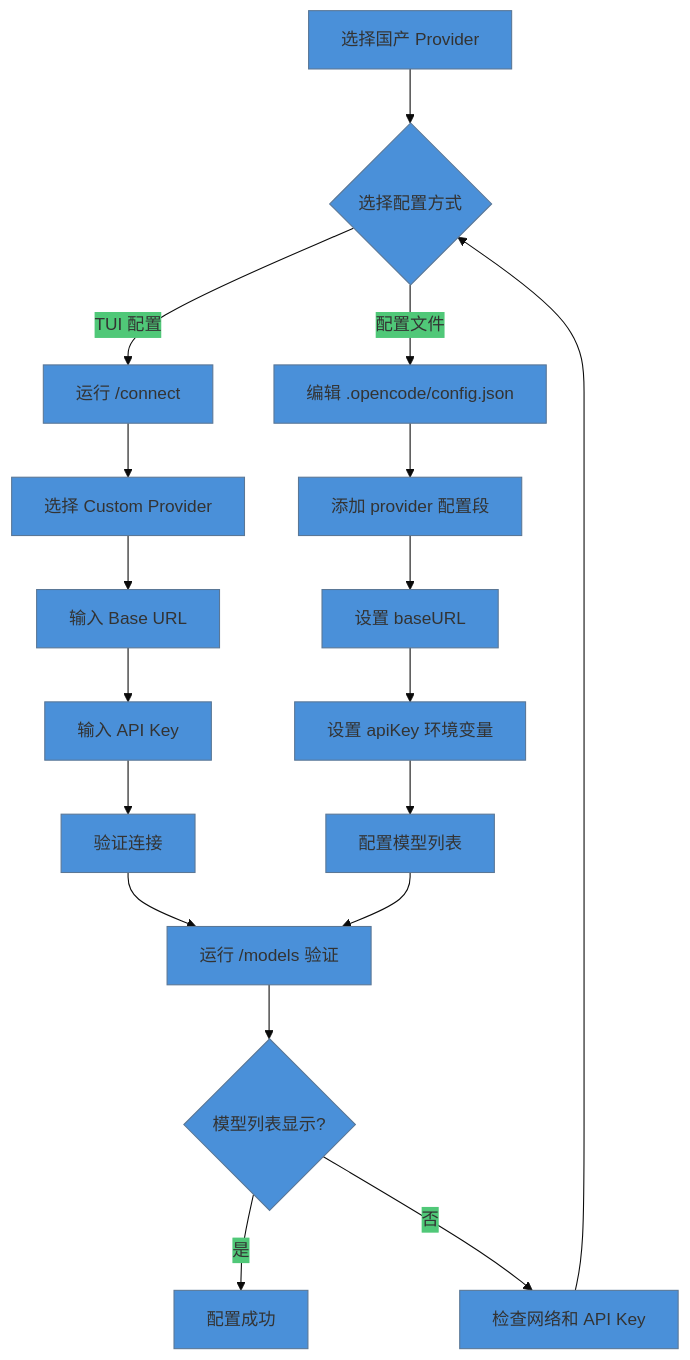
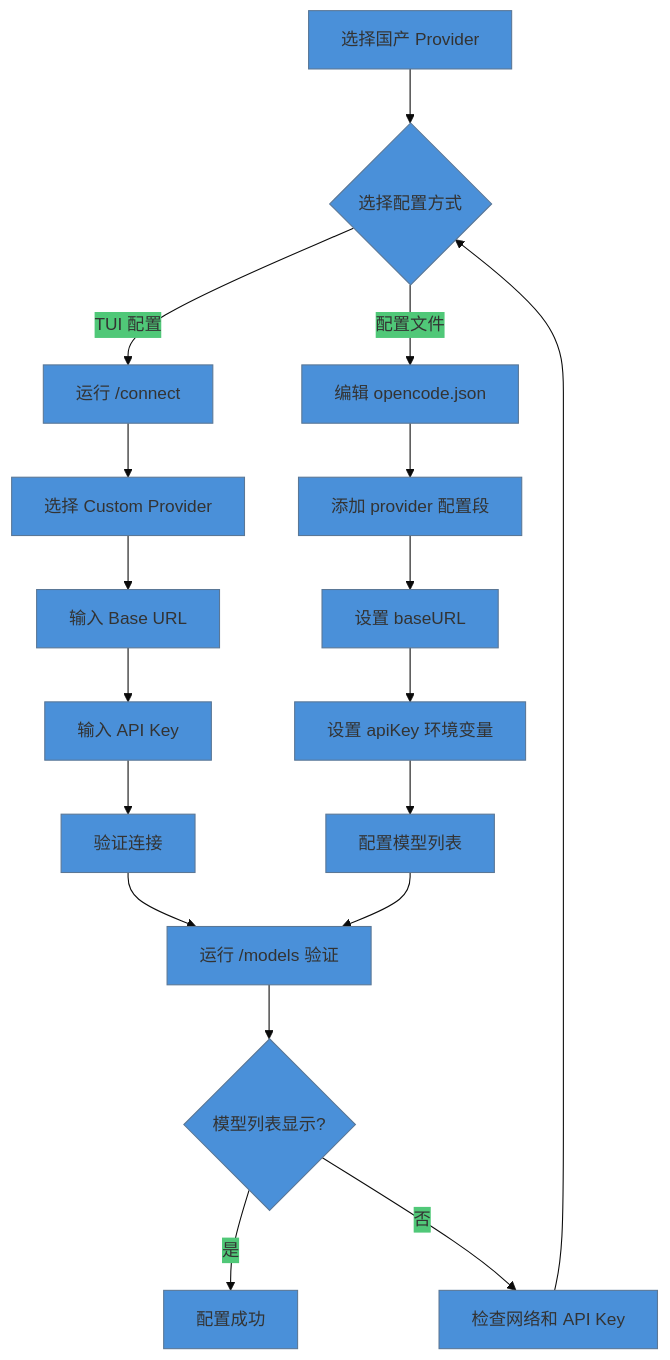
The first of 2 diagrams in src/03-setup/chinese-providers.md (tonydeng/harness-engineering-from-oc-to-ai-coding), drawn with Mermaid before and after one commit. The commit also changed other lines of this file and 331 other files, not shown here.

````diff
--- a/src/03-setup/chinese-providers.md
+++ b/src/03-setup/chinese-providers.md
@@ -90,26 +95,26 @@
 ```mermaid
 %%{init: {'theme':'base', 'themeVariables': {'primaryColor':'#4A90D9', 'secondaryColor':'#50C878', 'tertiaryColor':'#FF9F43'}}}%%
 flowchart TB
     A[选择国产 Provider] --> B{选择配置方式}
     
     B -->|TUI 配置| C[运行 /connect]
-    B -->|配置文件| D[编辑 .opencode/config.json]
+    B -->|配置文件| D[编辑 opencode.json]
     
     C --> E[选择 Custom Provider]
     E --> F[输入 Base URL]
     F --> G[输入 API Key]
     G --> H[验证连接]
     
     D --> I[添加 provider 配置段]
     I --> J[设置 baseURL]
     J --> K[设置 apiKey 环境变量]
     K --> L[配置模型列表]
     
     H --> M[运行 /models 验证]
     L --> M
     
     M --> N{模型列表显示?}
     N -->|是| O[配置成功]
     N -->|否| P[检查网络和 API Key]
     P --> B
 ```
````
